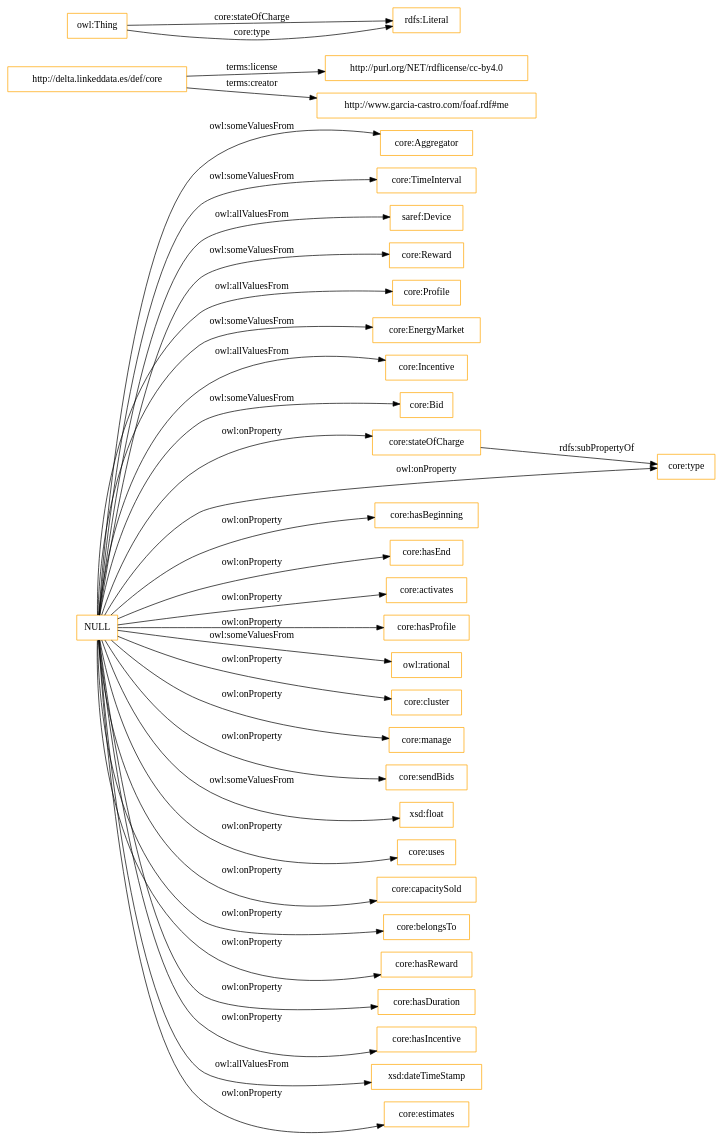
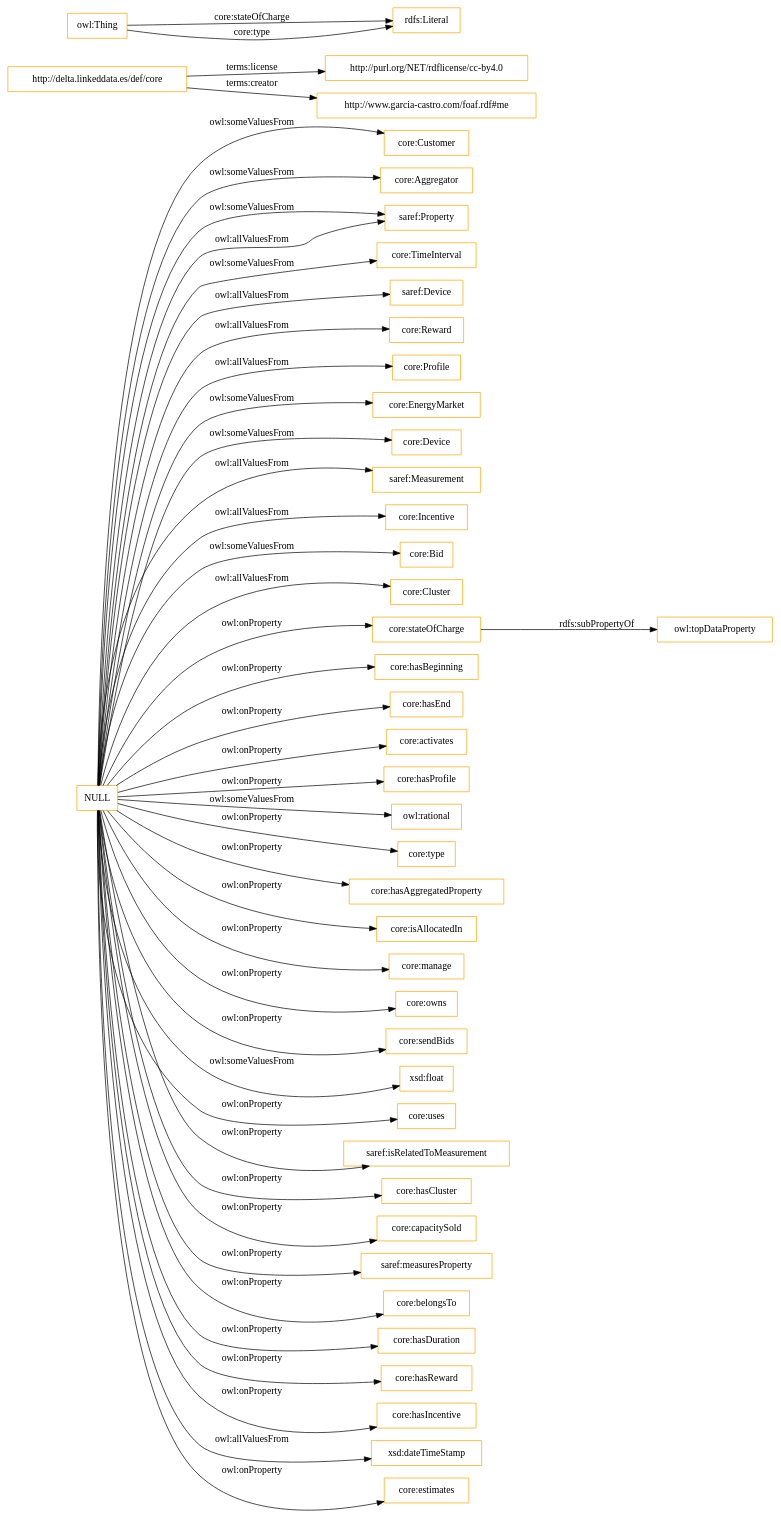
The diagram in OnToology/ontology/delta.owl/diagrams/ar2dtool-class/delta.owl.png.dot (oeg-upm/delta-ontology), drawn with Graphviz before and after one commit. The commit also changed 12 other files, not shown here.

```diff
--- a/OnToology/ontology/delta.owl/diagrams/ar2dtool-class/delta.owl.png.dot
+++ b/OnToology/ontology/delta.owl/diagrams/ar2dtool-class/delta.owl.png.dot
@@ -1,38 +1,49 @@
 digraph ar2dtool_diagram { 
 rankdir=LR;
 size="1501"
-node [shape = rectangle, color="orange"]; "core:Aggregator" "core:TimeInterval" "saref:Device" "core:Reward" "core:Profile" "core:EnergyMarket" "core:Incentive" "core:Bid" ; /*classes style*/
-	"core:stateOfCharge" -> "core:type" [ label = "rdfs:subPropertyOf" ];
+node [shape = rectangle, color="orange"]; "core:Customer" "core:Aggregator" "saref:Property" "core:TimeInterval" "saref:Device" "core:Reward" "core:Profile" "core:EnergyMarket" "core:Device" "saref:Measurement" "core:Incentive" "core:Bid" "core:Cluster" ; /*classes style*/
+	"http://delta.linkeddata.es/def/core" -> "http://purl.org/NET/rdflicense/cc-by4.0" [ label = "terms:license" ];
+	"http://delta.linkeddata.es/def/core" -> "http://www.garcia-castro.com/foaf.rdf#me" [ label = "terms:creator" ];
+	"core:stateOfCharge" -> "owl:topDataProperty" [ label = "rdfs:subPropertyOf" ];
 	"NULL" -> "core:TimeInterval" [ label = "owl:someValuesFrom" ];
 	"NULL" -> "core:hasBeginning" [ label = "owl:onProperty" ];
+	"NULL" -> "core:Customer" [ label = "owl:someValuesFrom" ];
 	"NULL" -> "core:EnergyMarket" [ label = "owl:someValuesFrom" ];
 	"NULL" -> "core:hasEnd" [ label = "owl:onProperty" ];
 	"NULL" -> "core:activates" [ label = "owl:onProperty" ];
 	"NULL" -> "core:stateOfCharge" [ label = "owl:onProperty" ];
 	"NULL" -> "core:hasProfile" [ label = "owl:onProperty" ];
 	"NULL" -> "owl:rational" [ label = "owl:someValuesFrom" ];
-	"NULL" -> "core:cluster" [ label = "owl:onProperty" ];
 	"NULL" -> "core:type" [ label = "owl:onProperty" ];
-	"NULL" -> "core:Reward" [ label = "owl:someValuesFrom" ];
+	"NULL" -> "saref:Measurement" [ label = "owl:allValuesFrom" ];
+	"NULL" -> "core:hasAggregatedProperty" [ label = "owl:onProperty" ];
+	"NULL" -> "core:isAllocatedIn" [ label = "owl:onProperty" ];
 	"NULL" -> "core:manage" [ label = "owl:onProperty" ];
+	"NULL" -> "core:owns" [ label = "owl:onProperty" ];
+	"NULL" -> "core:Device" [ label = "owl:someValuesFrom" ];
 	"NULL" -> "core:sendBids" [ label = "owl:onProperty" ];
 	"NULL" -> "core:Incentive" [ label = "owl:allValuesFrom" ];
 	"NULL" -> "xsd:float" [ label = "owl:someValuesFrom" ];
 	"NULL" -> "core:uses" [ label = "owl:onProperty" ];
 	"NULL" -> "core:Aggregator" [ label = "owl:someValuesFrom" ];
+	"NULL" -> "saref:Property" [ label = "owl:someValuesFrom" ];
+	"NULL" -> "saref:isRelatedToMeasurement" [ label = "owl:onProperty" ];
+	"NULL" -> "core:Reward" [ label = "owl:allValuesFrom" ];
+	"NULL" -> "core:hasCluster" [ label = "owl:onProperty" ];
 	"NULL" -> "core:capacitySold" [ label = "owl:onProperty" ];
+	"NULL" -> "saref:measuresProperty" [ label = "owl:onProperty" ];
+	"NULL" -> "core:Cluster" [ label = "owl:allValuesFrom" ];
 	"NULL" -> "core:belongsTo" [ label = "owl:onProperty" ];
+	"NULL" -> "core:hasDuration" [ label = "owl:onProperty" ];
 	"NULL" -> "core:hasReward" [ label = "owl:onProperty" ];
-	"NULL" -> "core:hasDuration" [ label = "owl:onProperty" ];
 	"NULL" -> "core:Profile" [ label = "owl:allValuesFrom" ];
 	"NULL" -> "core:Bid" [ label = "owl:someValuesFrom" ];
+	"NULL" -> "saref:Property" [ label = "owl:allValuesFrom" ];
 	"NULL" -> "core:hasIncentive" [ label = "owl:onProperty" ];
 	"NULL" -> "xsd:dateTimeStamp" [ label = "owl:allValuesFrom" ];
 	"NULL" -> "core:estimates" [ label = "owl:onProperty" ];
 	"NULL" -> "saref:Device" [ label = "owl:allValuesFrom" ];
-	"http://delta.linkeddata.es/def/core" -> "http://purl.org/NET/rdflicense/cc-by4.0" [ label = "terms:license" ];
-	"http://delta.linkeddata.es/def/core" -> "http://www.garcia-castro.com/foaf.rdf#me" [ label = "terms:creator" ];
 	"owl:Thing" -> "rdfs:Literal" [ label = "core:stateOfCharge" ];
 	"owl:Thing" -> "rdfs:Literal" [ label = "core:type" ];
 
 }
```
